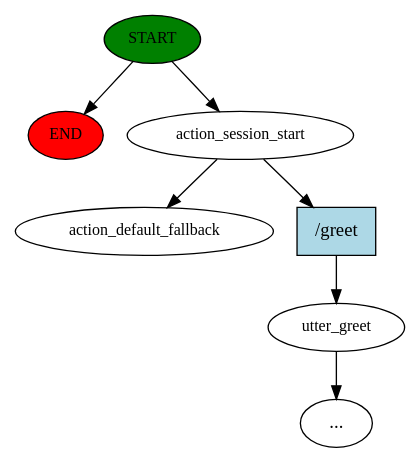
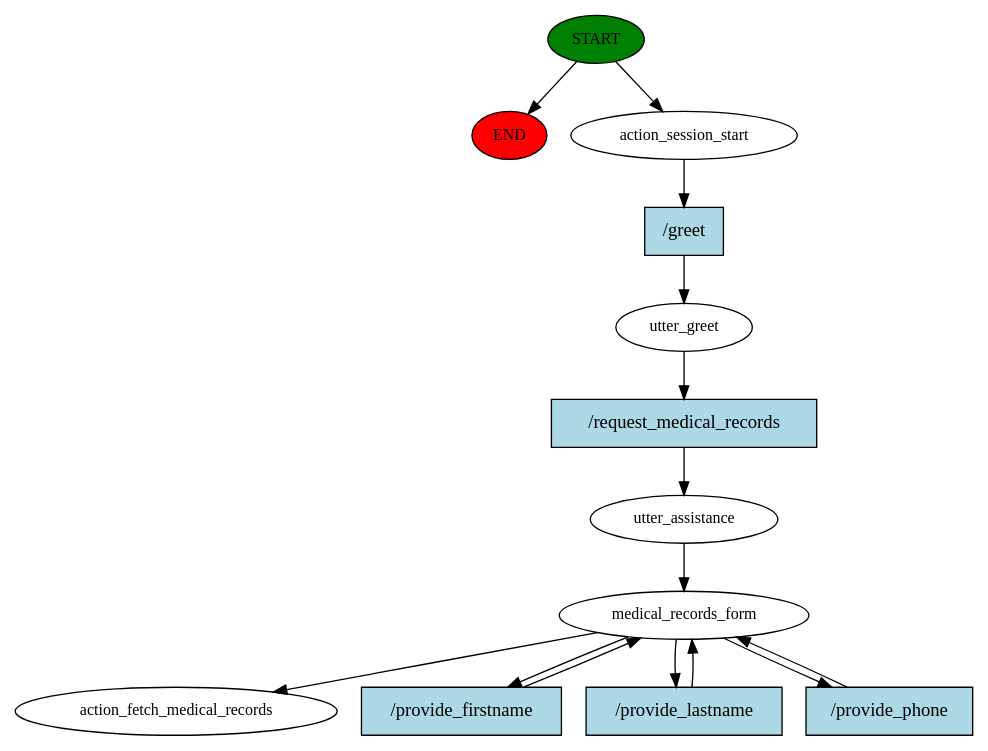
Before and after one commit to jathushan-r/MediCareBuddy: the diagram in story_graph.dot, drawn with Graphviz. The commit also changed 9 other files, not shown here.

Commit message:
Fetching Medical Records done

```diff
--- a/story_graph.dot
+++ b/story_graph.dot
@@ -1,15 +1,28 @@
 digraph  {
 0 [class="start active", fillcolor=green, fontsize=12, label=START, style=filled];
 "-1" [class=end, fillcolor=red, fontsize=12, label=END, style=filled];
 1 [class=active, fontsize=12, label=action_session_start];
-2 [class="", fontsize=12, label=utter_greet];
-"-3" [class=ellipsis, label="..."];
-4 [class="dashed active", fontsize=12, label=action_default_fallback];
-5 [class=intent, fillcolor=lightblue, label="/greet", shape=rect, style=filled];
+2 [class=active, fontsize=12, label=utter_greet];
+3 [class=active, fontsize=12, label=utter_assistance];
+4 [class=active, fontsize=12, label=medical_records_form];
+8 [class="dashed active", fontsize=12, label=action_fetch_medical_records];
+9 [class="intent active", fillcolor=lightblue, label="/greet", shape=rect, style=filled];
+10 [class="intent active", fillcolor=lightblue, label="/request_medical_records", shape=rect, style=filled];
+11 [class="intent active", fillcolor=lightblue, label="/provide_firstname", shape=rect, style=filled];
+12 [class="intent active", fillcolor=lightblue, label="/provide_lastname", shape=rect, style=filled];
+13 [class="intent active", fillcolor=lightblue, label="/provide_phone", shape=rect, style=filled];
 0 -> "-1"  [class="", key=NONE, label=""];
 0 -> 1  [class=active, key=NONE, label=""];
-1 -> 4  [class=active, key=NONE, label=""];
-1 -> 5  [class="", key=0];
-2 -> "-3"  [class="", key=NONE, label=""];
-5 -> 2  [class="", key=0];
+1 -> 9  [class=active, key=0];
+2 -> 10  [class=active, key=0];
+3 -> 4  [class=active, key=NONE, label=""];
+4 -> 8  [class=active, key=NONE, label=""];
+4 -> 11  [class=active, key=0];
+4 -> 12  [class=active, key=0];
+4 -> 13  [class=active, key=0];
+9 -> 2  [class=active, key=0];
+10 -> 3  [class=active, key=0];
+11 -> 4  [class=active, key=0];
+12 -> 4  [class=active, key=0];
+13 -> 4  [class=active, key=0];
 }
```
